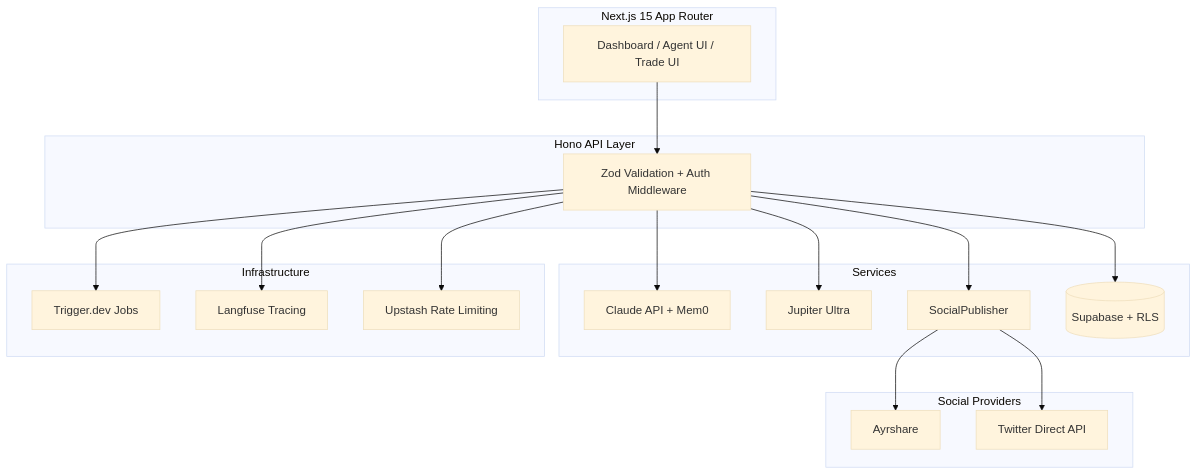
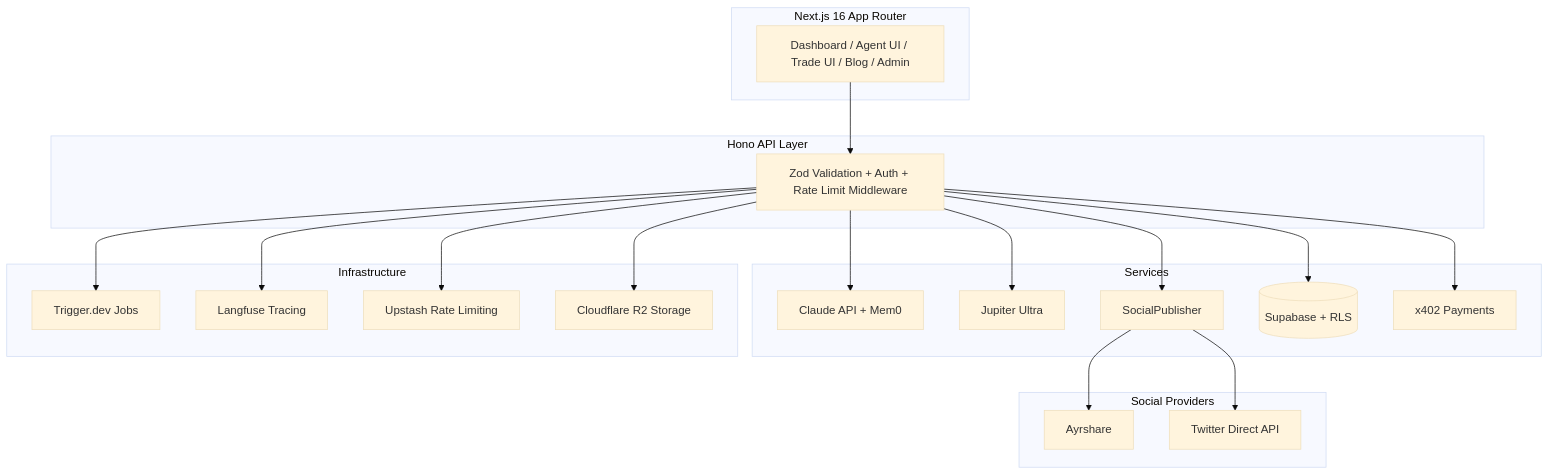
Before and after one commit to daftpixie/ozskr: the diagram in README.md, drawn with Mermaid (base theme). The commit also changed other lines of this file and 5 other files, not shown here.

````diff
--- a/README.md
+++ b/README.md
@@ -36,42 +54,46 @@
 ```mermaid
 graph TB
-    subgraph "Next.js 15 App Router"
-        UI[Dashboard / Agent UI / Trade UI]
+    subgraph "Next.js 16 App Router"
+        UI[Dashboard / Agent UI / Trade UI / Blog / Admin]
     end
 
     subgraph "Hono API Layer"
-        API[Zod Validation + Auth Middleware]
+        API[Zod Validation + Auth + Rate Limit Middleware]
     end
 
     UI --> API
 
     subgraph "Services"
         Claude[Claude API + Mem0]
         Jupiter[Jupiter Ultra]
         Social[SocialPublisher]
         Supabase[(Supabase + RLS)]
+        X402[x402 Payments]
     end
 
     API --> Claude
     API --> Jupiter
     API --> Social
     API --> Supabase
+    API --> X402
 
     subgraph "Social Providers"
         Ayrshare[Ayrshare]
         Twitter[Twitter Direct API]
     end
 
     Social --> Ayrshare
     Social --> Twitter
 
     subgraph "Infrastructure"
         Trigger[Trigger.dev Jobs]
         Langfuse[Langfuse Tracing]
         Upstash[Upstash Rate Limiting]
+        R2[Cloudflare R2 Storage]
     end
 
     API --> Trigger
     API --> Langfuse
     API --> Upstash
+    API --> R2
 ```
````
